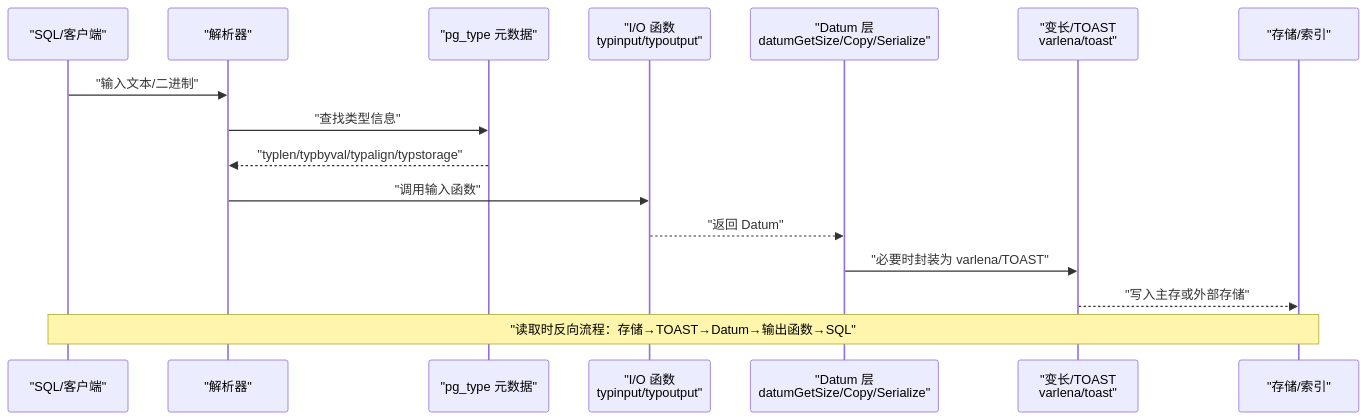
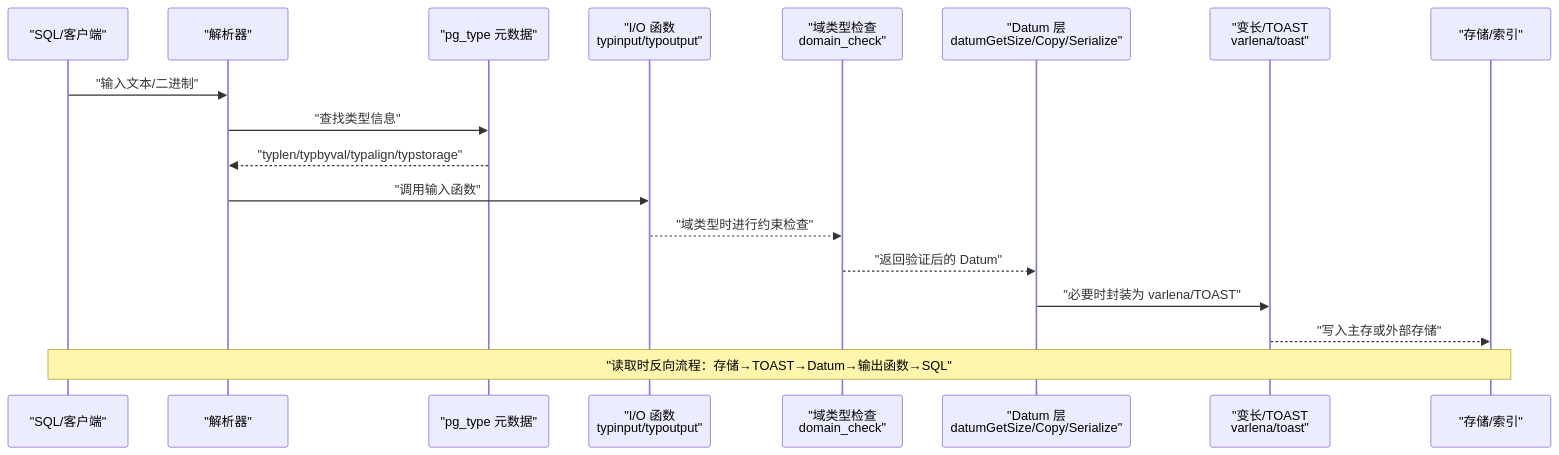
Before and after one commit to chirpyli/minipg: the second of 10 diagrams in .qoder/repowiki/zh/content/扩展开发/自定义数据类型.md, drawn with Mermaid. The commit also changed other lines of this file and 362 other files, not shown here.

````diff
--- a/.qoder/repowiki/zh/content/扩展开发/自定义数据类型.md
+++ b/.qoder/repowiki/zh/content/扩展开发/自定义数据类型.md
@@ -86,18 +102,20 @@
 ```mermaid
 sequenceDiagram
 participant SQL as "SQL/客户端"
 participant Parser as "解析器"
 participant TypeMeta as "pg_type 元数据"
 participant IO as "I/O 函数<br/>typinput/typoutput"
+participant Domain as "域类型检查<br/>domain_check"
 participant Datum as "Datum 层<br/>datumGetSize/Copy/Serialize"
 participant Varlena as "变长/TOAST<br/>varlena/toast"
 participant Storage as "存储/索引"
 SQL->>Parser : "输入文本/二进制"
 Parser->>TypeMeta : "查找类型信息"
 TypeMeta-->>Parser : "typlen/typbyval/typalign/typstorage"
 Parser->>IO : "调用输入函数"
-IO-->>Datum : "返回 Datum"
+IO-->>Domain : "域类型时进行约束检查"
+Domain-->>Datum : "返回验证后的 Datum"
 Datum->>Varlena : "必要时封装为 varlena/TOAST"
 Varlena-->>Storage : "写入主存或外部存储"
 Note over SQL,Storage : "读取时反向流程：存储→TOAST→Datum→输出函数→SQL"
 ```
````
